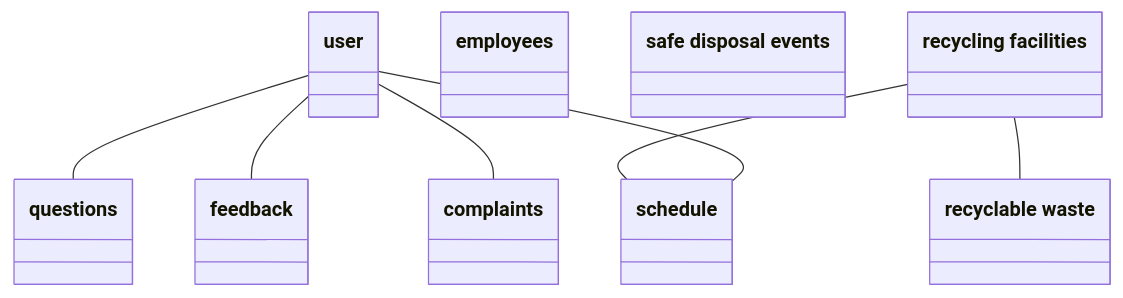
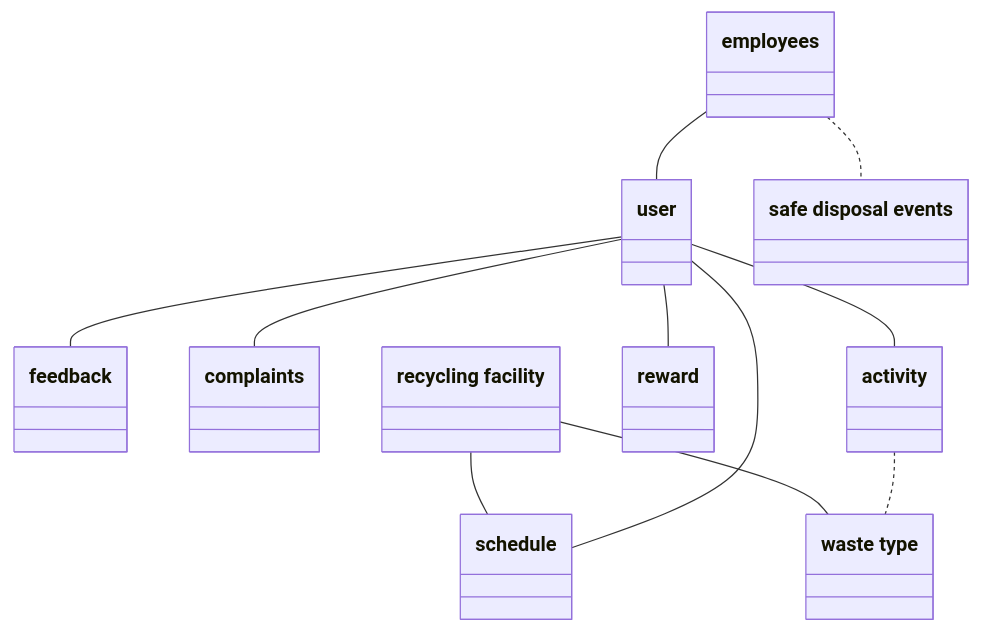
The diagram in 2_gold_standard_domain_models/recycling.mmd (DomDeWulf/user-story-domain-model-datasets), drawn with Mermaid before and after one commit. The commit also changed 21 other files, not shown here.

Commit message:
Adapt domain models to revised gold and silver standard

```diff
--- a/2_gold_standard_domain_models/recycling.mmd
+++ b/2_gold_standard_domain_models/recycling.mmd
@@ -1,46 +1,73 @@
 classDiagram
     %% Project: Recycling
-    %% Class labels match Gold standard - Classes.xlsx exactly, including capitalization.
-    %% Singular/plural forms are assumed equivalent; every changed endpoint is documented below.
-    %% Every association preserves one row of Gold standard - Associations.xlsx, in workbook order.
-    %% associationOnly nodes have no matching class in the Classes Excel; exclude them from class evaluation.
+    %% Source: Gold&Silver Standard.xlsx, sheets 'Class - Gold Standard' (column E) and 'Association - Gold Standard' (columns I:J).
+    %% Class labels match the revised class list exactly, including capitalization.
+    %% Class IDs and order follow the previous models; new classes are appended and removed classes leave ID gaps.
+    %% Workbook legend: red fill = removed, green fill = optional, blue text = added.
+    %% Removed classes and associations are omitted. Optional classes carry <<optional>>; optional associations use a dashed .. line.
+    %% Association endpoints are mapped to class labels; every changed endpoint is documented below.
     %% No direction, multiplicity, relationship labels, inheritance, attributes, or methods are inferred.
-    class C001["questions"]
+    %% Removed class ('Class - Gold Standard'!E2): questions
+    %% Removed association ('Association - Gold Standard'!I3): user -- question
     class C002["user"]
     class C003["feedback"]
     class C004["complaints"]
     class C005["employees"]
-    class C006["recyclable waste"]
+    class C006["waste type"]
     class C007["safe disposal events"]
     class C008["schedule"]
-    class C009["recycling facilities"]
+    class C009["recycling facility"]
+    class C010["reward"]
+    class C011["activity"]
 
-    %% Association (Classes Excel terms where available): user -- questions
-    %% Associations Excel (Sheet1!I3:J3): user -- question.
-    %% Assumption: "question" -> "questions" (singular/plural forms are assumed interchangeable).
-    C002 -- C001
-
-    %% Association (Classes Excel terms where available): user -- feedback
-    %% Associations Excel (Sheet1!I4:J4): user -- feedback.
-    %% Wording differences: none.
+    %% Association: user -- feedback
+    %% Workbook ('Association - Gold Standard'!I4): user -- feedback.
+    %% Mapping: none.
     C002 -- C003
 
-    %% Association (Classes Excel terms where available): user -- complaints
-    %% Associations Excel (Sheet1!I5:J5): user -- complaint.
-    %% Assumption: "complaint" -> "complaints" (singular/plural forms are assumed interchangeable).
+    %% Association: user -- complaints
+    %% Workbook ('Association - Gold Standard'!I5): user -- complaint.
+    %% Mapping: "complaint" -> "complaints" (singular/plural).
     C002 -- C004
 
-    %% Association (Classes Excel terms where available): recycling facilities -- recyclable waste
-    %% Associations Excel (Sheet1!I6:J6): recycling facility -- recyclable waste.
-    %% Assumption: "recycling facility" -> "recycling facilities" (singular/plural forms are assumed interchangeable).
+    %% Association: recycling facility -- waste type
+    %% Workbook ('Association - Gold Standard'!I6): recycling facil -- recyclable wast.
+    %% Mapping: "recycling facil" -> "recycling facility" (truncated stem); "recyclable wast" -> "waste type" (interpretation: "recyclable waste" is no longer in the revised class list; the stories speak of "types of recyclable waste" (recycling.txt line 6), so "waste type" is taken as its replacement).
     C009 -- C006
 
-    %% Association (Classes Excel terms where available): recycling facilities -- schedule
-    %% Associations Excel (Sheet1!I7:J7): recycling facility -- schedule.
-    %% Assumption: "recycling facility" -> "recycling facilities" (singular/plural forms are assumed interchangeable).
+    %% Association: recycling facility -- schedule
+    %% Workbook ('Association - Gold Standard'!I7): recycling facil -- schedul.
+    %% Mapping: "recycling facil" -> "recycling facility" (truncated stem); "schedul" -> "schedule" (truncated stem).
     C009 -- C008
 
-    %% Association (Classes Excel terms where available): user -- schedule
-    %% Associations Excel (Sheet1!I8:J8): user -- schedule.
-    %% Wording differences: none.
+    %% Association: user -- schedule
+    %% Workbook ('Association - Gold Standard'!I8): user -- schedul.
+    %% Mapping: "schedul" -> "schedule" (truncated stem).
     C002 -- C008
+
+    %% Association: employees -- user
+    %% Workbook ('Association - Gold Standard'!I9): employe -- user.
+    %% Mapping: "employe" -> "employees" (truncated stem; singular/plural).
+    C005 -- C002
+
+    %% Association: employees -- safe disposal events
+    %% Workbook ('Association - Gold Standard'!I10): employe -- event.
+    %% Mapping: "employe" -> "employees" (truncated stem; singular/plural); "event" -> "safe disposal events" (interpretation: the only event class in the revised class list; omitted qualifier and singular/plural).
+    %% Status: optional (green fill).
+    C005 .. C007
+
+    %% Association: user -- reward
+    %% Workbook ('Association - Gold Standard'!I11): user -- reward.
+    %% Mapping: none.
+    C002 -- C010
+
+    %% Association: user -- activity
+    %% Workbook ('Association - Gold Standard'!I12): user -- activity.
+    %% Mapping: none.
+    C002 -- C011
+
+    %% Association: activity -- waste type
+    %% Workbook ('Association - Gold Standard'!I13): activity -- waste type.
+    %% Mapping: none.
+    %% Status: optional (green fill).
+    C011 .. C006
```
